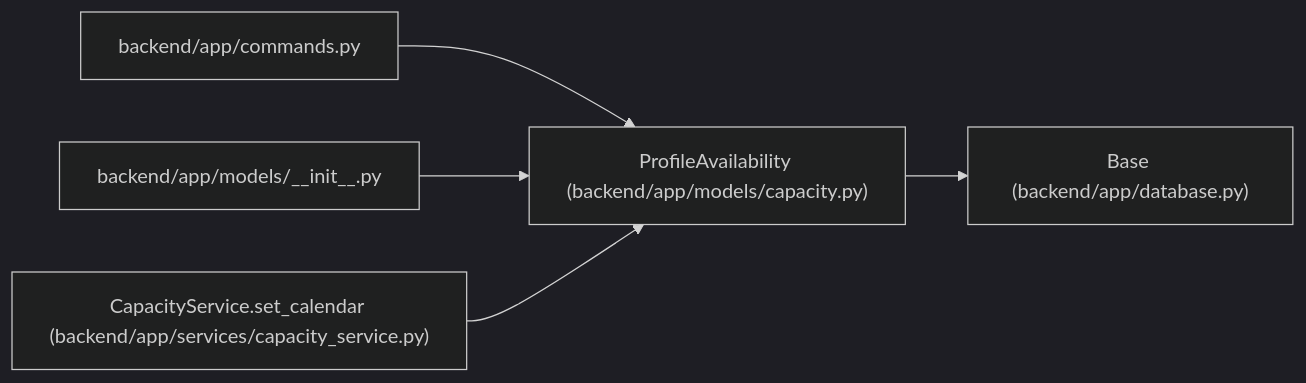
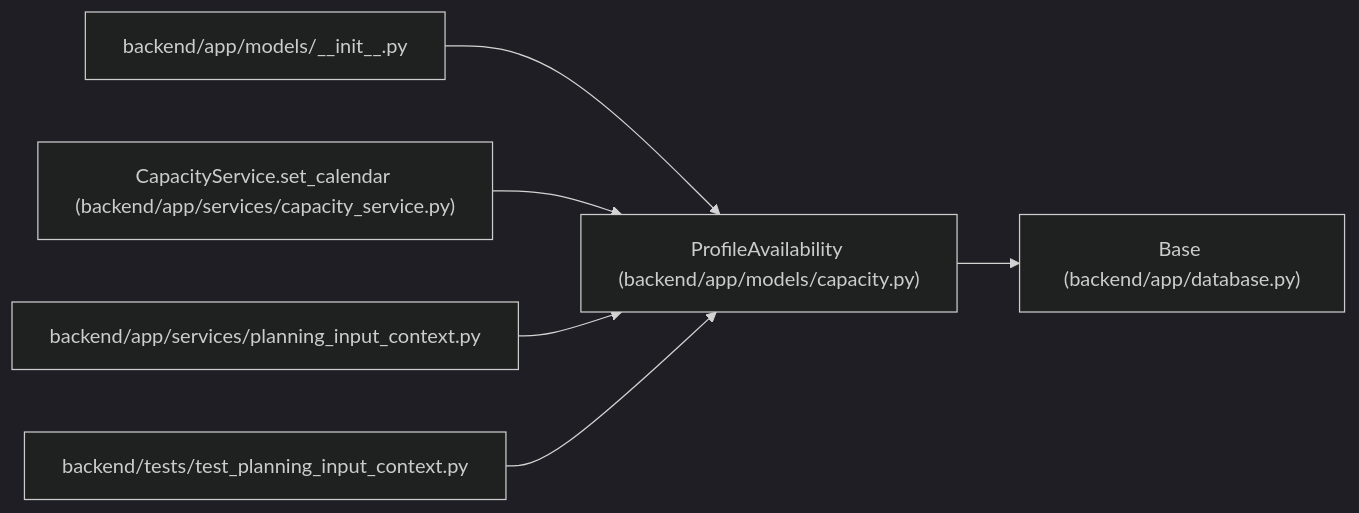
The diagram in docs/llm_wiki/entities/ProfileAvailability.md (Denissvgn/WorkChord), drawn with Mermaid (dark theme) before and after one commit. The commit also changed other lines of this file and 10148 other files, not shown here.

````diff
--- a/docs/llm_wiki/entities/ProfileAvailability.md
+++ b/docs/llm_wiki/entities/ProfileAvailability.md
@@ -29,17 +29,20 @@
 ```mermaid
 flowchart LR
     n0["ProfileAvailability (backend/app/models/capacity.py)"]
     n1["Base (backend/app/database.py)"]
-    n2["backend/app/commands.py"]
-    n3["backend/app/models/__init__.py"]
-    n4["CapacityService.set_calendar (backend/app/services/capacity_service.py)"]
+    n2["backend/app/models/__init__.py"]
+    n3["CapacityService.set_calendar (backend/app/services/capacity_service.py)"]
+    n4["backend/app/services/planning_input_context.py"]
+    n5["backend/tests/test_planning_input_context.py"]
     n0 --> n1
     n2 --> n0
     n3 --> n0
     n4 --> n0
+    n5 --> n0
     click n0 "../modules/models_capacity.md"
     click n1 "../modules/app_database.md"
-    click n2 "../modules/commands.md"
-    click n3 "../modules/models___init__.md"
-    click n4 "../modules/capacity_service.md"
+    click n2 "../modules/models___init__.md"
+    click n3 "../modules/capacity_service.md"
+    click n4 "../modules/planning_input_context.md"
+    click n5 "../modules/test_planning_input_context.md"
 ```
````
